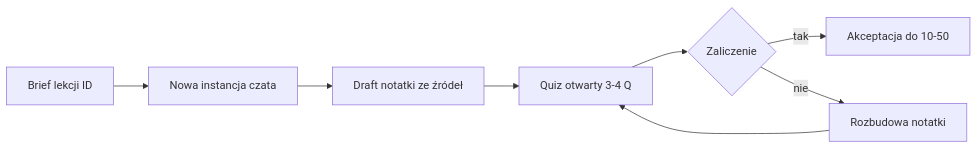
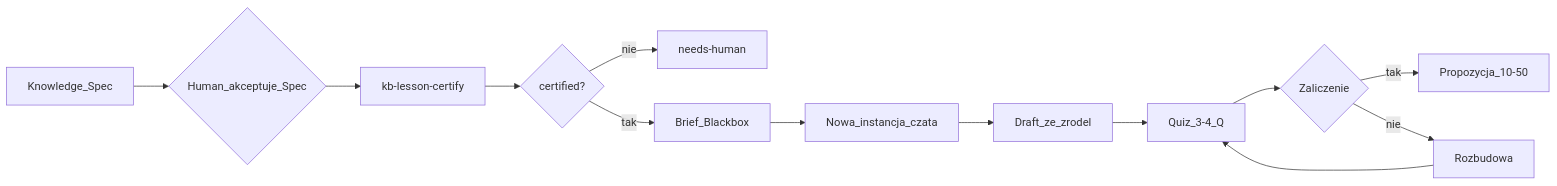
One commit to lMamacl/Vaultie changed the diagram in 90_Meta/web-engineering-roadmap.md. Above: the diagram before and after it, drawn with Mermaid. The commit also changed other lines of this file and 13 other files, not shown here.

Commit message:
session: review and certify lesson 1.1

````diff
--- a/90_Meta/web-engineering-roadmap.md
+++ b/90_Meta/web-engineering-roadmap.md
@@ -53,10 +57,15 @@
 ```mermaid
 flowchart LR
-  Brief[Brief lekcji ID] --> NewChat[Nowa instancja czata]
-  NewChat --> Draft[Draft notatki ze źródeł]
-  Draft --> Quiz[Quiz otwarty 3-4 Q]
+  Spec[Knowledge_Spec] --> SpecOK{Human_akceptuje_Spec}
+  SpecOK --> Certify[kb-lesson-certify]
+  Certify --> Certified{certified?}
+  Certified -->|nie| NeedsHuman[needs-human]
+  Certified -->|tak| Brief[Brief_Blackbox]
+  Brief --> NewChat[Nowa_instancja_czata]
+  NewChat --> Draft[Draft_ze_zrodel]
+  Draft --> Quiz[Quiz_3-4_Q]
   Quiz --> Pass{Zaliczenie}
-  Pass -->|tak| CommitKB[Akceptacja do 10-50]
-  Pass -->|nie| Expand[Rozbudowa notatki]
+  Pass -->|tak| CommitKB[Propozycja_10-50]
+  Pass -->|nie| Expand[Rozbudowa]
   Expand --> Quiz
 ```
````
